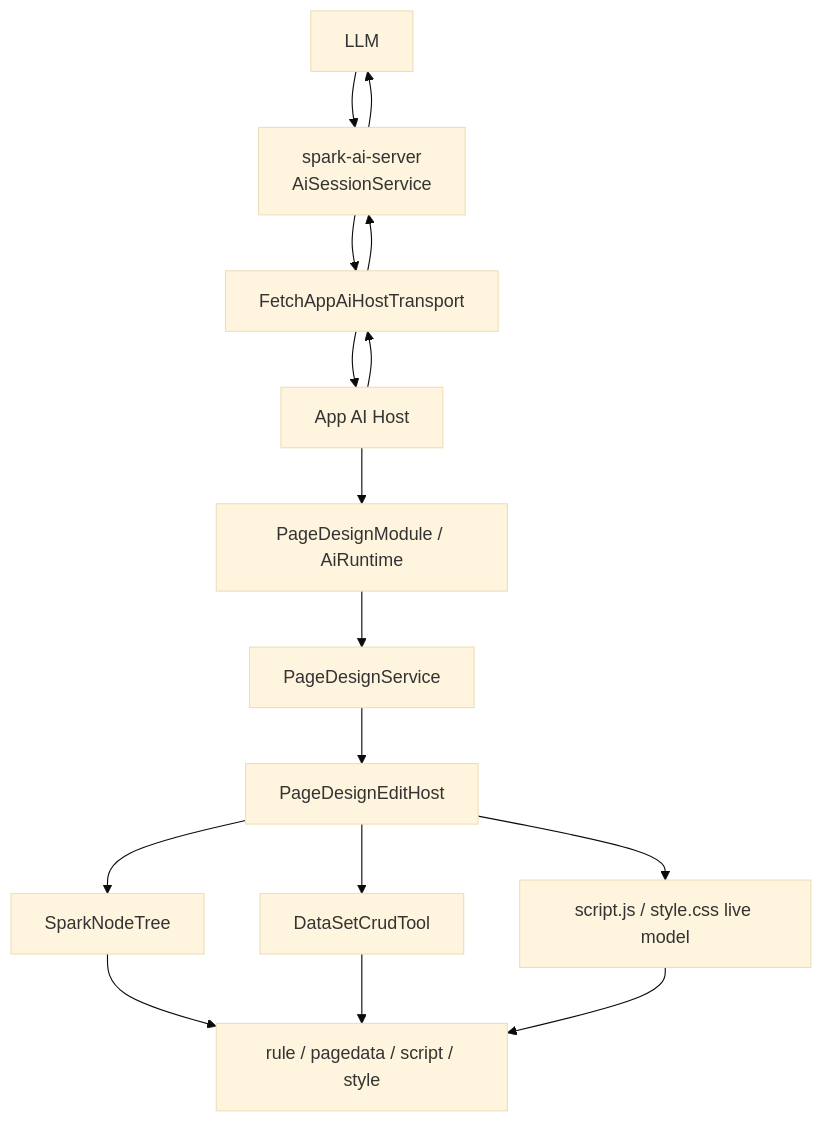
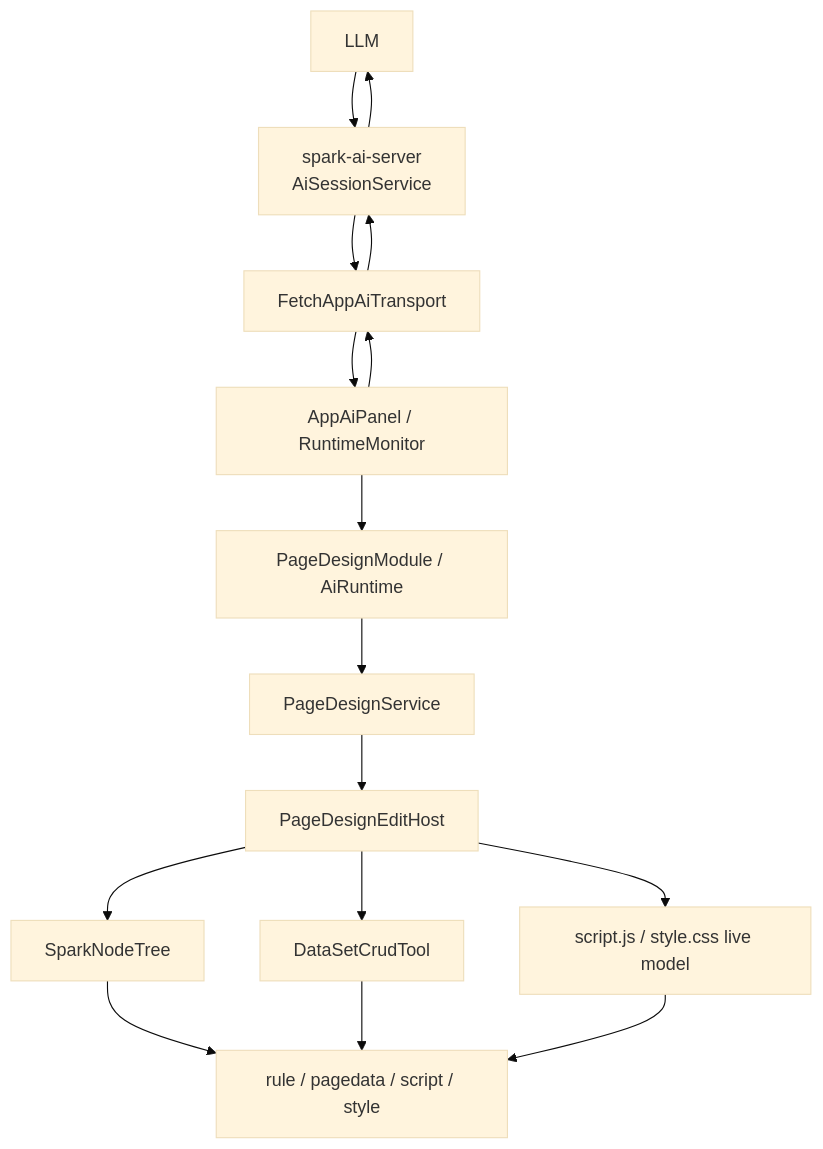
Before and after one commit to LMSpark/spark-view-vue: diagram 12 of 16 in docs/SPARK_VIEW_PROJECT_DEEP_DIVE_ZH.md, drawn with Mermaid (base theme). The commit also changed other lines of this file and 29 other files, not shown here.

````diff
--- a/docs/SPARK_VIEW_PROJECT_DEEP_DIVE_ZH.md
+++ b/docs/SPARK_VIEW_PROJECT_DEEP_DIVE_ZH.md
@@ -584,30 +584,30 @@
 ```mermaid
 flowchart TD
   LLM["LLM"]
-  Host["App AI Host"]
-  Transport["FetchAppAiHostTransport"]
+  Panel["AppAiPanel / RuntimeMonitor"]
+  Transport["FetchAppAiTransport"]
   BackendSession["spark-ai-server<br/>AiSessionService"]
   Runtime["PageDesignModule / AiRuntime"]
   Service["PageDesignService"]
   EditHost["PageDesignEditHost"]
   NodeTree["SparkNodeTree"]
   DataSetTool["DataSetCrudTool"]
   TextModels["script.js / style.css live model"]
   Files["rule / pagedata / script / style"]
 
-  Host --> Transport
+  Panel --> Transport
   Transport --> BackendSession
   BackendSession --> LLM
   LLM --> BackendSession
   BackendSession --> Transport
-  Transport --> Host
-  Host --> Runtime
+  Transport --> Panel
+  Panel --> Runtime
   Runtime --> Service
   Service --> EditHost
   EditHost --> NodeTree
   EditHost --> DataSetTool
   EditHost --> TextModels
   NodeTree --> Files
   DataSetTool --> Files
   TextModels --> Files
 ```
````
